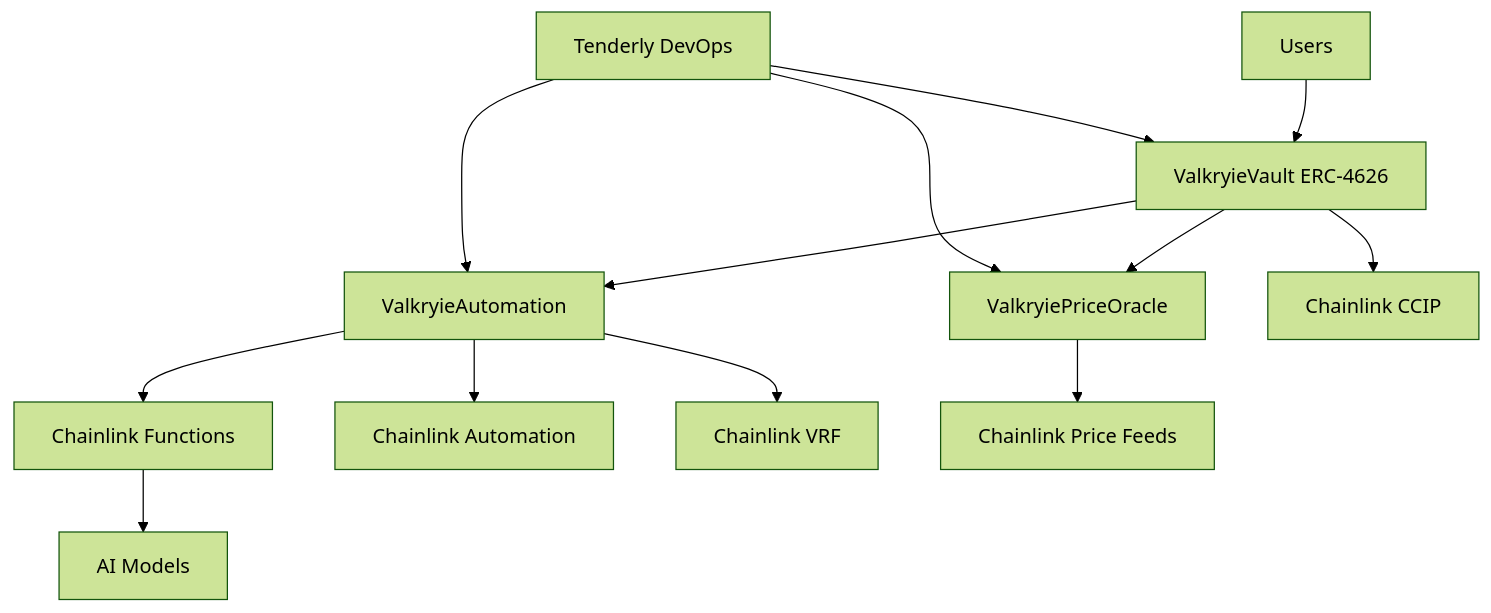
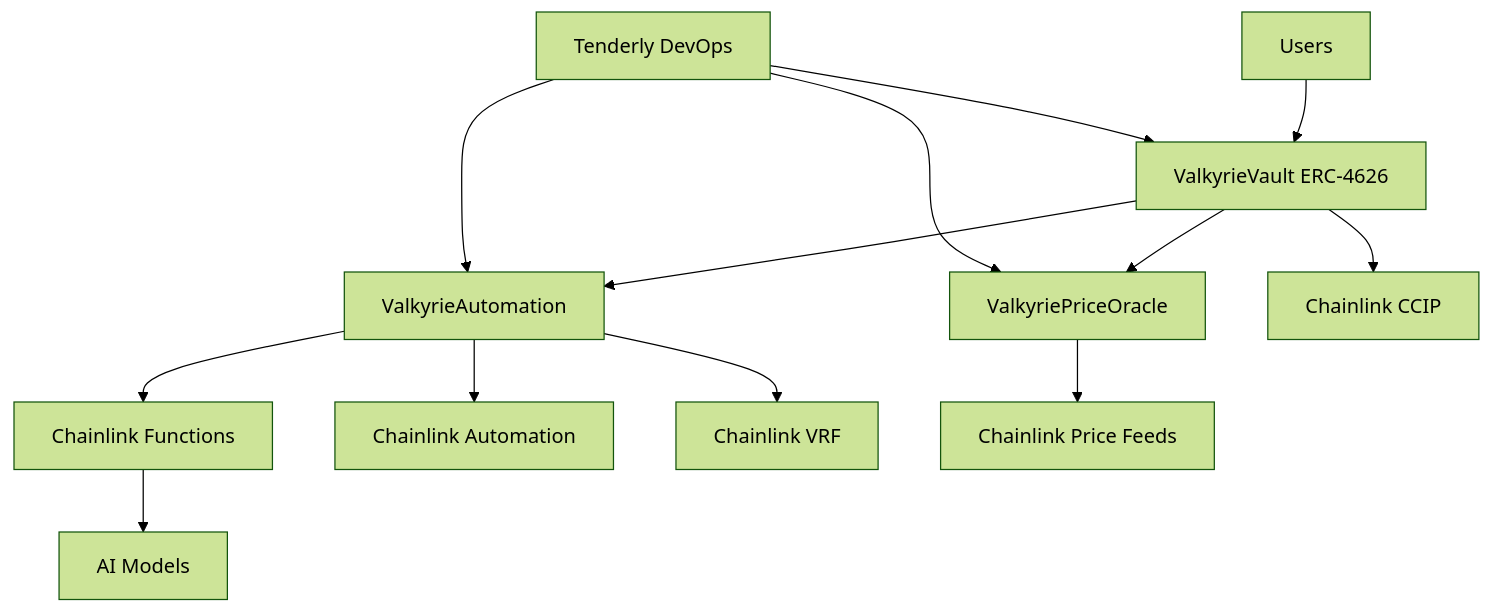
One commit to ry-animal/valkyriefinance changed the diagram in documentation/AI_VAULT_ARCHITECTURE_COMPLETE.md. Above: the diagram before and after it, drawn with Mermaid (forest theme). The commit also changed other lines of this file and 42 other files, not shown here.

````diff
--- a/documentation/AI_VAULT_ARCHITECTURE_COMPLETE.md
+++ b/documentation/AI_VAULT_ARCHITECTURE_COMPLETE.md
@@ -37,15 +37,15 @@
 ```mermaid
 graph TB
-    A[Users] --> B[ValkryieVault ERC-4626]
-    B --> C[ValkryiePriceOracle]
-    B --> D[ValkryieAutomation]
+    A[Users] --> B[ValkyrieVault ERC-4626]
+    B --> C[ValkyriePriceOracle]
+    B --> D[ValkyrieAutomation]
     D --> E[Chainlink Functions]
     E --> F[AI Models]
     D --> G[Chainlink Automation]
     D --> H[Chainlink VRF]
     B --> I[Chainlink CCIP]
     C --> J[Chainlink Price Feeds]
     K[Tenderly DevOps] --> B
     K --> D
     K --> C
 ```
````
